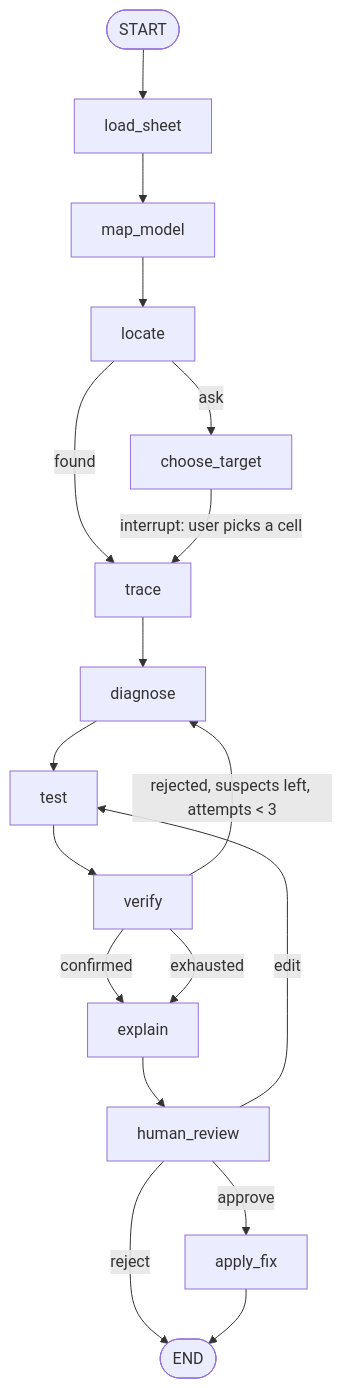
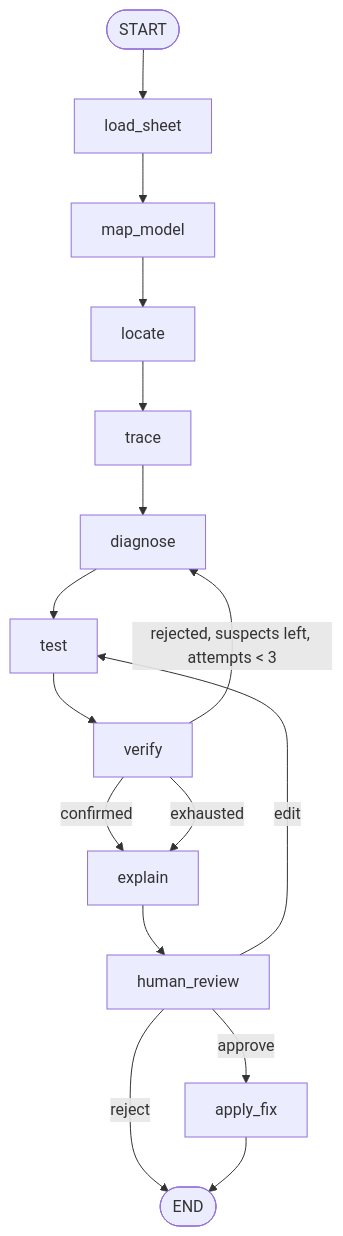
Before and after one commit to ol1ak5/model-x-ray: the diagram in docs/agent-architecture.md, drawn with Mermaid. The commit also changed other lines of this file and 26 other files, not shown here.

Commit message:
feat(agent): remove choose_target; the agent picks the cell itself and human_review is the only pause

````diff
--- a/docs/agent-architecture.md
+++ b/docs/agent-architecture.md
@@ -30,20 +30,18 @@
 ```mermaid
 flowchart TD
   S([START]) --> load_sheet
   load_sheet --> map_model
   map_model --> locate
-  locate -->|found| trace
-  locate -->|ask| choose_target
-  choose_target -->|interrupt: user picks a cell| trace
+  locate --> trace
   trace --> diagnose
   diagnose --> test
   test --> verify
   verify -->|rejected, suspects left, attempts < 3| diagnose
   verify -->|confirmed| explain
   verify -->|exhausted| explain
   explain --> human_review
   human_review -->|approve| apply_fix
   human_review -->|edit| test
   human_review -->|reject| E([END])
   apply_fix --> E
 ```
````
